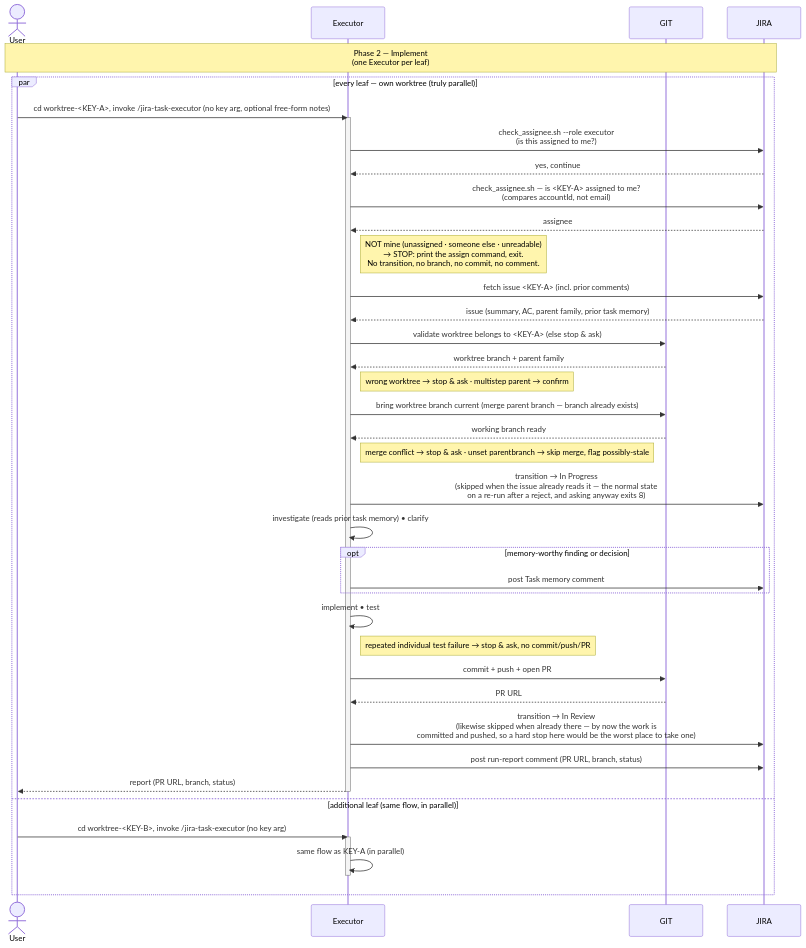
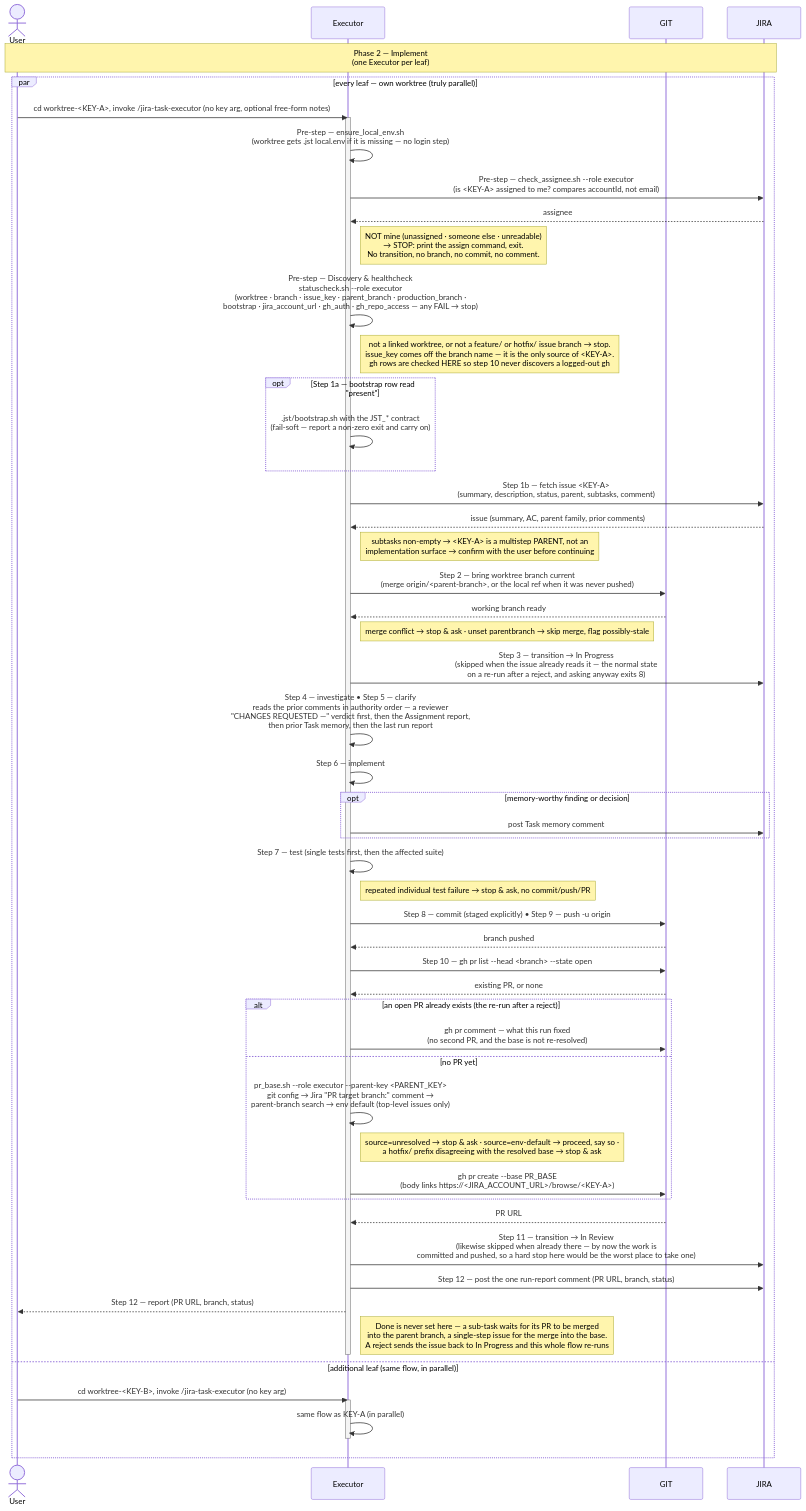
Before and after one commit to kantorv/jira-sdlc-tools: the diagram in docs/task-lifecycle/TASK-LIFECYCLE-PHASE-2.md, drawn with Mermaid. The commit also changed other lines of this file and 7 other files, not shown here.

First line of the commit message:
JST-297 reconcile the three lifecycle diagrams with the skills

````diff
--- a/docs/task-lifecycle/TASK-LIFECYCLE-PHASE-2.md
+++ b/docs/task-lifecycle/TASK-LIFECYCLE-PHASE-2.md
@@ -24,45 +28,59 @@
 ```mermaid
 sequenceDiagram
     actor User
     participant Executor
     participant GIT
     participant JIRA
 
     Note over User,JIRA: Phase 2 — Implement<br/>(one Executor per leaf)
 
     par every leaf — own worktree (truly parallel)
         User->>Executor: cd worktree-<KEY-A>, invoke /jira-task-executor (no key arg, optional free-form notes)
         activate Executor
-        Executor->>JIRA: check_assignee.sh --role executor<br/>(is this assigned to me?)
-        JIRA-->>Executor: yes, continue
-        Executor->>JIRA: check_assignee.sh — is <KEY-A> assigned to me?<br/>(compares accountId, not email)
+        Executor->>Executor: Pre-step — ensure_local_env.sh<br/>(worktree gets .jst local.env if it is missing — no login step)
+        Executor->>JIRA: Pre-step — check_assignee.sh --role executor<br/>(is <KEY-A> assigned to me? compares accountId, not email)
         JIRA-->>Executor: assignee
         Note right of Executor: NOT mine (unassigned · someone else · unreadable)<br/>→ STOP: print the assign command, exit.<br/>No transition, no branch, no commit, no comment.
-        Executor->>JIRA: fetch issue <KEY-A> (incl. prior comments)
-        JIRA-->>Executor: issue (summary, AC, parent family, prior task memory)
-        Executor->>GIT: validate worktree belongs to <KEY-A> (else stop & ask)
-        GIT-->>Executor: worktree branch + parent family
-        Note right of Executor: wrong worktree → stop & ask · multistep parent → confirm
-        Executor->>GIT: bring worktree branch current (merge parent branch — branch already exists)
+        Executor->>Executor: Pre-step — Discovery & healthcheck<br/>statuscheck.sh --role executor<br/>(worktree · branch · issue_key · parent_branch · production_branch ·<br/>bootstrap · jira_account_url · gh_auth · gh_repo_access — any FAIL → stop)
+        Note right of Executor: not a linked worktree, or not a feature/ or hotfix/ issue branch → stop.<br/>issue_key comes off the branch name — it is the only source of <KEY-A>.<br/>gh rows are checked HERE so step 10 never discovers a logged-out gh
+        opt Step 1a — bootstrap row read "present"
+            Executor->>Executor: .jst/bootstrap.sh with the JST_* contract<br/>(fail-soft — report a non-zero exit and carry on)
+        end
+        Executor->>JIRA: Step 1b — fetch issue <KEY-A><br/>(summary, description, status, parent, subtasks, comment)
+        JIRA-->>Executor: issue (summary, AC, parent family, prior comments)
+        Note right of Executor: subtasks non-empty → <KEY-A> is a multistep PARENT, not an<br/>implementation surface → confirm with the user before continuing
+        Executor->>GIT: Step 2 — bring worktree branch current<br/>(merge origin/<parent-branch>, or the local ref when it was never pushed)
         GIT-->>Executor: working branch ready
         Note right of Executor: merge conflict → stop & ask · unset parentbranch → skip merge, flag possibly-stale
-        Executor->>JIRA: transition → In Progress<br/>(skipped when the issue already reads it — the normal state<br/>on a re-run after a reject, and asking anyway exits 8)
-        Executor->>Executor: investigate (reads prior task memory) • clarify
+        Executor->>JIRA: Step 3 — transition → In Progress<br/>(skipped when the issue already reads it — the normal state<br/>on a re-run after a reject, and asking anyway exits 8)
+        Executor->>Executor: Step 4 — investigate • Step 5 — clarify<br/>reads the prior comments in authority order — a reviewer<br/>"CHANGES REQUESTED —" verdict first, then the Assignment report,<br/>then prior Task memory, then the last run report
+        Executor->>Executor: Step 6 — implement
         opt memory-worthy finding or decision
             Executor->>JIRA: post Task memory comment
         end
-        Executor->>Executor: implement • test
+        Executor->>Executor: Step 7 — test (single tests first, then the affected suite)
         Note right of Executor: repeated individual test failure → stop & ask, no commit/push/PR
-        Executor->>GIT: commit + push + open PR
+        Executor->>GIT: Step 8 — commit (staged explicitly) • Step 9 — push -u origin
+        GIT-->>Executor: branch pushed
+        Executor->>GIT: Step 10 — gh pr list --head <branch> --state open
+        GIT-->>Executor: existing PR, or none
+        alt an open PR already exists (the re-run after a reject)
+            Executor->>GIT: gh pr comment — what this run fixed<br/>(no second PR, and the base is not re-resolved)
+        else no PR yet
+            Executor->>Executor: pr_base.sh --role executor --parent-key <PARENT_KEY><br/>git config → Jira "PR target branch:" comment →<br/>parent-branch search → env default (top-level issues only)
+            Note right of Executor: source=unresolved → stop & ask · source=env-default → proceed, say so ·<br/>a hotfix/ prefix disagreeing with the resolved base → stop & ask
+            Executor->>GIT: gh pr create --base PR_BASE<br/>(body links https://<JIRA_ACCOUNT_URL>/browse/<KEY-A>)
+        end
         GIT-->>Executor: PR URL
-        Executor->>JIRA: transition → In Review<br/>(likewise skipped when already there — by now the work is<br/>committed and pushed, so a hard stop here would be the worst place to take one)
-        Executor->>JIRA: post run-report comment (PR URL, branch, status)
-        Executor-->>User: report (PR URL, branch, status)
+        Executor->>JIRA: Step 11 — transition → In Review<br/>(likewise skipped when already there — by now the work is<br/>committed and pushed, so a hard stop here would be the worst place to take one)
+        Executor->>JIRA: Step 12 — post the one run-report comment (PR URL, branch, status)
+        Executor-->>User: Step 12 — report (PR URL, branch, status)
+        Note right of Executor: Done is never set here — a sub-task waits for its PR to be merged<br/>into the parent branch, a single-step issue for the merge into the base.<br/>A reject sends the issue back to In Progress and this whole flow re-runs
         deactivate Executor
     and additional leaf (same flow, in parallel)
         User->>Executor: cd worktree-<KEY-B>, invoke /jira-task-executor (no key arg)
         activate Executor
         Executor->>Executor: same flow as KEY-A (in parallel)
         deactivate Executor
     end
 ```
````
